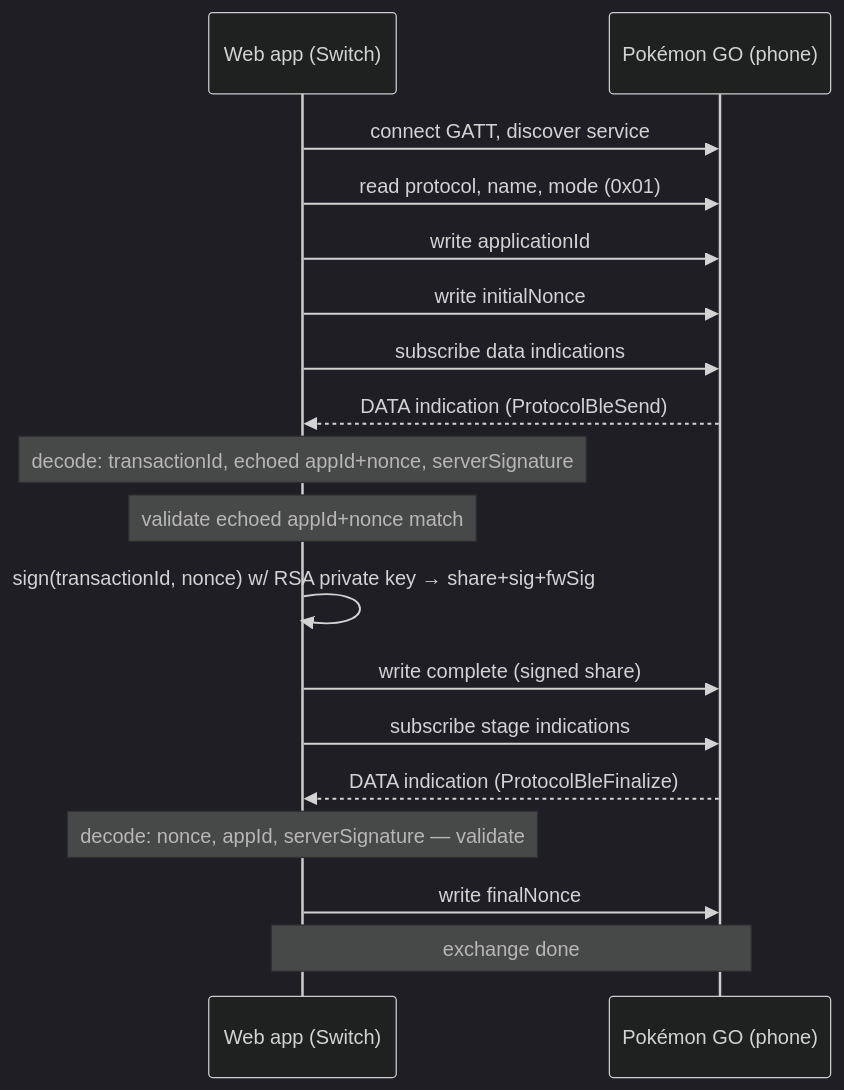
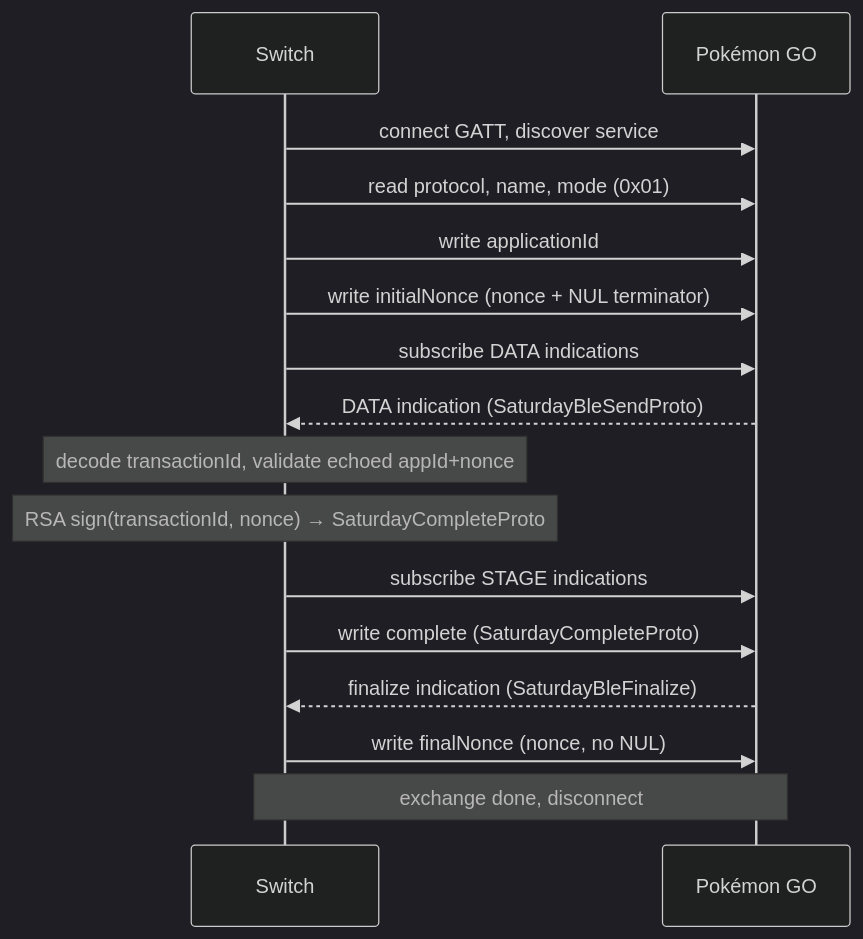
One commit to na-ji/pokemon-go-coin-bag changed the second of 2 diagrams in PROTOCOL.md. Above: the diagram before and after it, drawn with Mermaid (dark theme). The commit also changed other lines of this file, not shown here.

First line of the commit message:
docs: update protocol documentation with source code and trace findings

````diff
--- a/PROTOCOL.md
+++ b/PROTOCOL.md
@@ -49,20 +49,18 @@
 ```mermaid
 sequenceDiagram
-    participant W as Web app (Switch)
-    participant P as Pokémon GO (phone)
+    participant W as Switch
+    participant P as Pokémon GO
     W->>P: connect GATT, discover service
     W->>P: read protocol, name, mode (0x01)
     W->>P: write applicationId
-    W->>P: write initialNonce
-    W->>P: subscribe data indications
-    P-->>W: DATA indication (ProtocolBleSend)
-    Note over W: decode: transactionId, echoed appId+nonce, serverSignature
-    Note over W: validate echoed appId+nonce match
-    W->>W: sign(transactionId, nonce) w/ RSA private key → share+sig+fwSig
-    W->>P: write complete (signed share)
-    W->>P: subscribe stage indications
-    P-->>W: DATA indication (ProtocolBleFinalize)
-    Note over W: decode: nonce, appId, serverSignature — validate
-    W->>P: write finalNonce
-    Note over W,P: exchange done
+    W->>P: write initialNonce (nonce + NUL terminator)
+    W->>P: subscribe DATA indications
+    P-->>W: DATA indication (SaturdayBleSendProto)
+    Note over W: decode transactionId, validate echoed appId+nonce
+    Note over W: RSA sign(transactionId, nonce) → SaturdayCompleteProto
+    W->>P: subscribe STAGE indications
+    W->>P: write complete (SaturdayCompleteProto)
+    P-->>W: finalize indication (SaturdayBleFinalize)
+    W->>P: write finalNonce (nonce, no NUL)
+    Note over W,P: exchange done, disconnect
 ```
````
